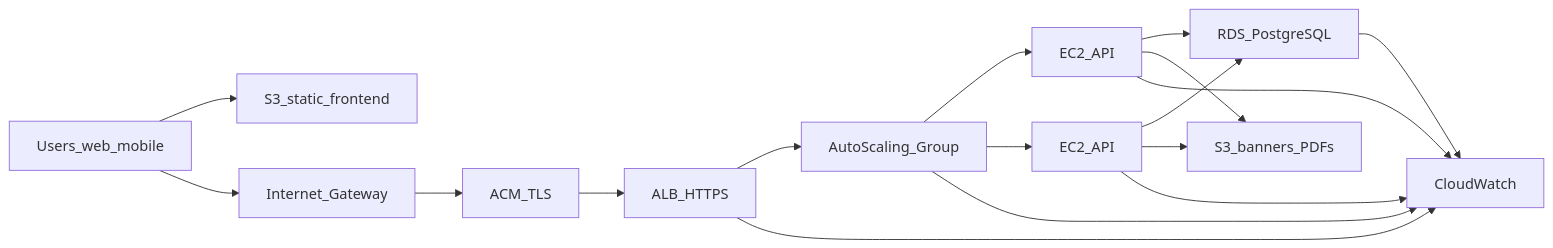
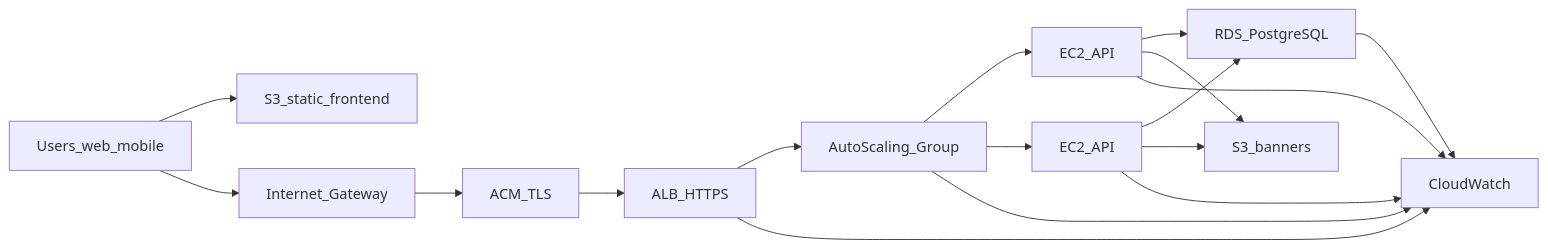
The diagram in DEPLOYMENT.md (HectorTorrez/ticket-api), drawn with Mermaid before and after one commit. The commit also changed other lines of this file and 30 other files, not shown here.

````diff
--- a/DEPLOYMENT.md
+++ b/DEPLOYMENT.md
@@ -11,29 +14,29 @@
 ```mermaid
 flowchart LR
   Users[Users_web_mobile]
   FE[S3_static_frontend]
   IGW[Internet_Gateway]
   ACM[ACM_TLS]
   ALB[ALB_HTTPS]
   ASG[AutoScaling_Group]
   API1[EC2_API]
   API2[EC2_API]
   RDS[RDS_PostgreSQL]
-  S3API[S3_banners_PDFs]
+  S3API[S3_banners]
   CW[CloudWatch]
 
   Users --> FE
   Users --> IGW --> ACM --> ALB
   ALB --> ASG
   ASG --> API1
   ASG --> API2
   API1 --> RDS
   API2 --> RDS
   API1 --> S3API
   API2 --> S3API
   ALB --> CW
   ASG --> CW
   API1 --> CW
   API2 --> CW
   RDS --> CW
 ```
````
